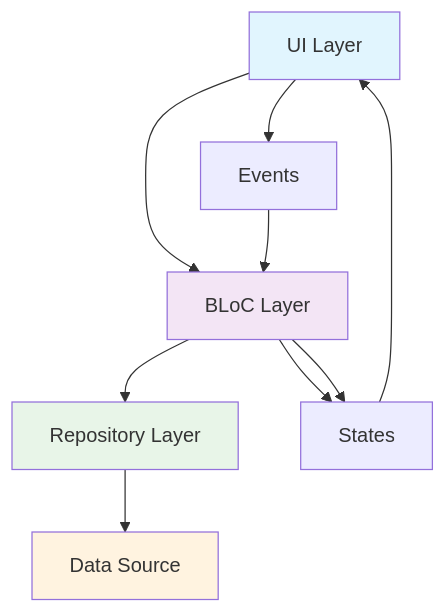
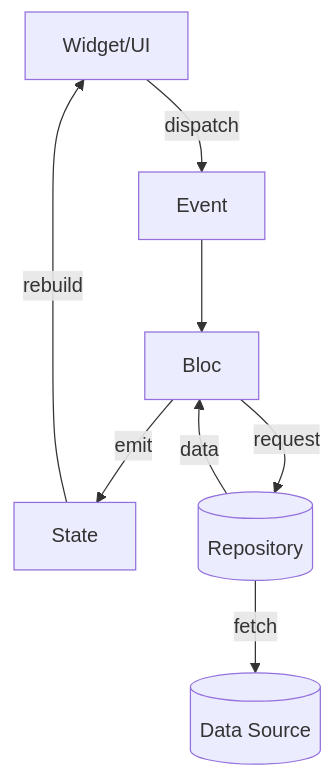
The diagram in README.md (mraj555/BlocLabs), drawn with Mermaid before and after one commit. The commit also changed other lines of this file, not shown here.

````diff
--- a/README.md
+++ b/README.md
@@ -102,17 +472,13 @@
 ```mermaid
-graph TB
-    A[UI Layer] --> B[BLoC Layer]
-    B --> C[Repository Layer]
-    C --> D[Data Source]
-    
-    A --> E[Events]
-    B --> F[States]
-    E --> B
-    B --> F
-    F --> A
-    
-    style A fill:#e1f5fe
-    style B fill:#f3e5f5
-    style C fill:#e8f5e8
-    style D fill:#fff3e0
+flowchart TD
+  UI[Widget/UI]
+  EV[Event]
+  B[Bloc]
+  ST[State]
+  R[(Repository)]
+  DS[(Data Source)]
+
+  UI -- dispatch --> EV --> B
+  B -- request --> R -- fetch --> DS
+  R -- data --> B -- emit --> ST -- rebuild --> UI
 ```
````
